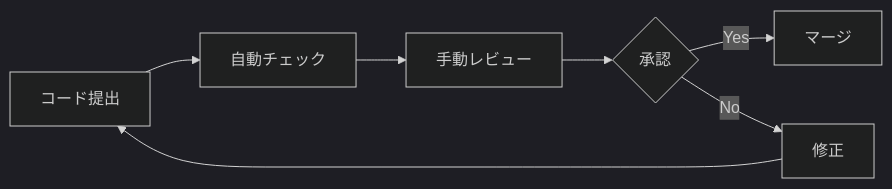
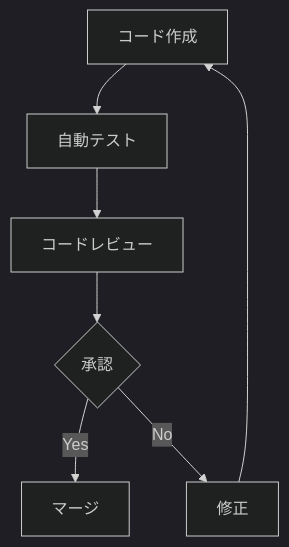
Before and after one commit to syeeel/cs-study-marp: the fifth of 5 diagrams in src/CS勉強会.md, drawn with Mermaid (dark theme). The commit also changed other lines of this file and 1 other file, not shown here.

```diff
--- a/src/CS勉強会.md
+++ b/src/CS勉強会.md
@@ -337,9 +202,9 @@
 <pre class="mermaid">
-graph LR
-    A[コード提出] --> B[自動チェック]
-    B --> C[手動レビュー]
+graph TD
+    A[コード作成] --> B[自動テスト]
+    B --> C[コードレビュー]
     C --> D{承認}
     D -->|Yes| E[マージ]
     D -->|No| F[修正]
     F --> A
 </pre>
```
